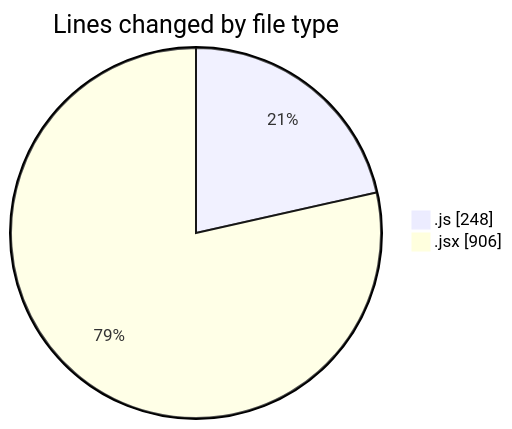
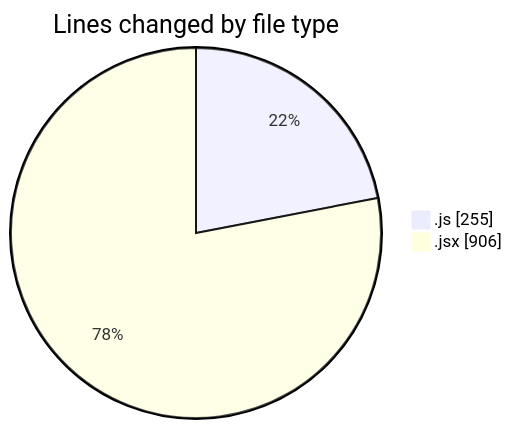
Before and after one commit to robertbonfada/code-tracking: the first of 2 diagrams in 2025-01-13/termonied-web/README.md, drawn with Mermaid. The commit also changed other lines of this file and 1 other file, not shown here.

````diff
--- a/2025-01-13/termonied-web/README.md
+++ b/2025-01-13/termonied-web/README.md
@@ -21,6 +21,6 @@
 ```mermaid
 pie showData
 title Lines changed by file type
-".js" : 248
+".js" : 255
 ".jsx" : 906
 ```
````
